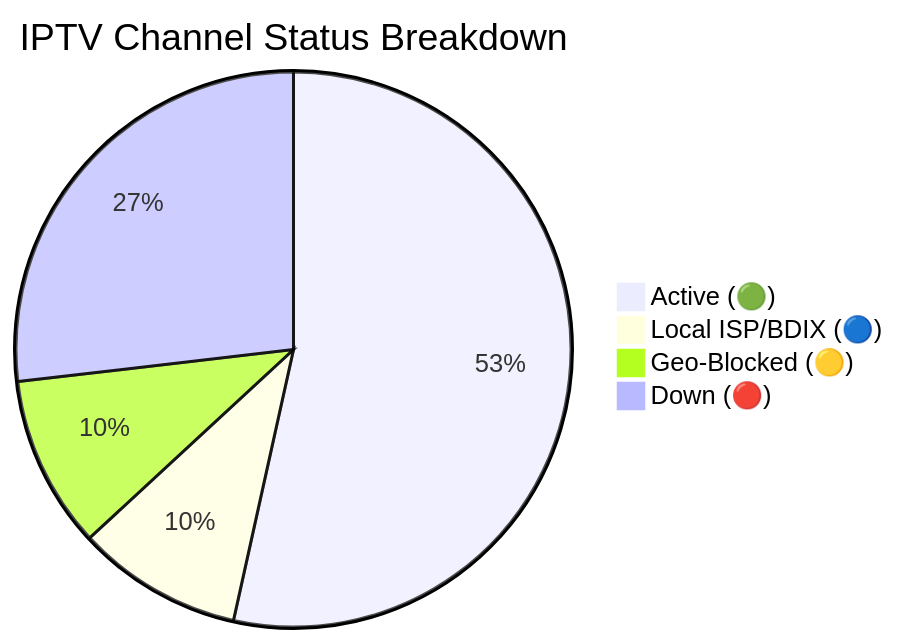
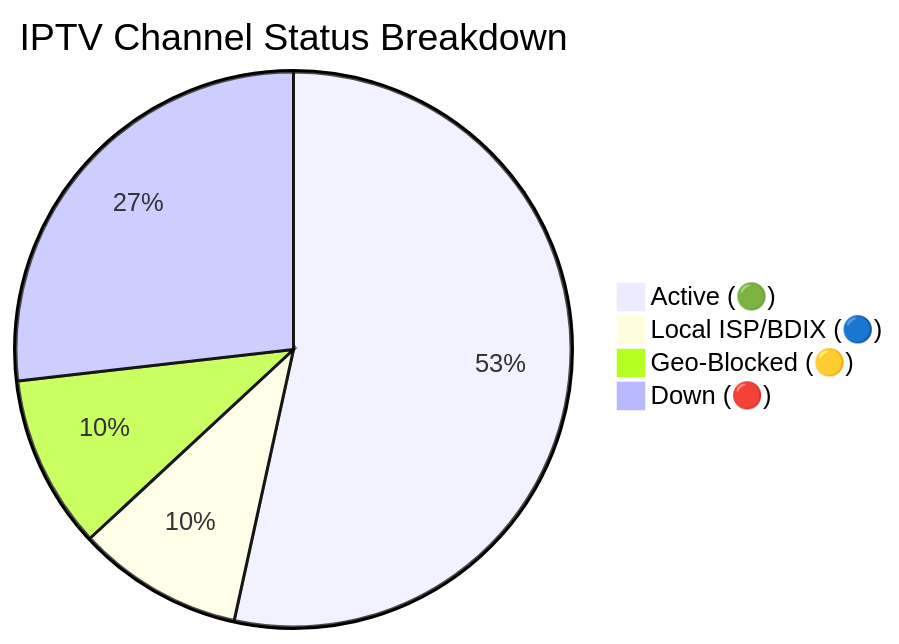
One commit to f6388600-ai/Web changed the diagram in README.md. Above: the diagram before and after it, drawn with Mermaid. The commit also changed other lines of this file and 6 other files, not shown here.

````diff
--- a/README.md
+++ b/README.md
@@ -149,7 +149,7 @@
 ```mermaid
 pie title IPTV Channel Status Breakdown
-    "Active (🟢)" : 9595
-    "Local ISP/BDIX (🔵)" : 1733
-    "Geo-Blocked (🟡)" : 1800
-    "Down (🔴)" : 4817
+    "Active (🟢)" : 9545
+    "Local ISP/BDIX (🔵)" : 1727
+    "Geo-Blocked (🟡)" : 1803
+    "Down (🔴)" : 4790
 ```
````
